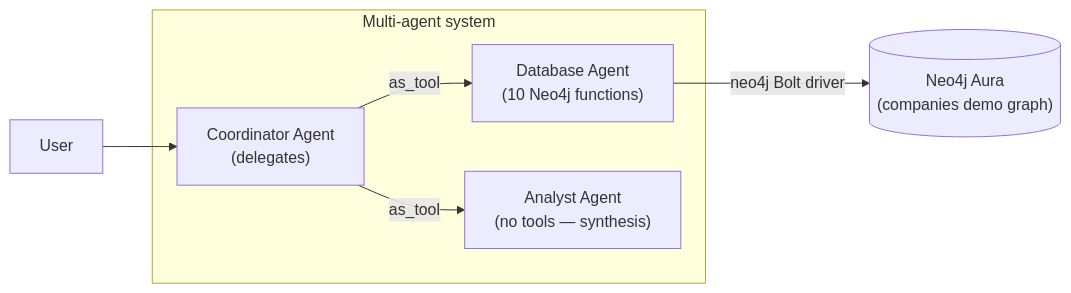
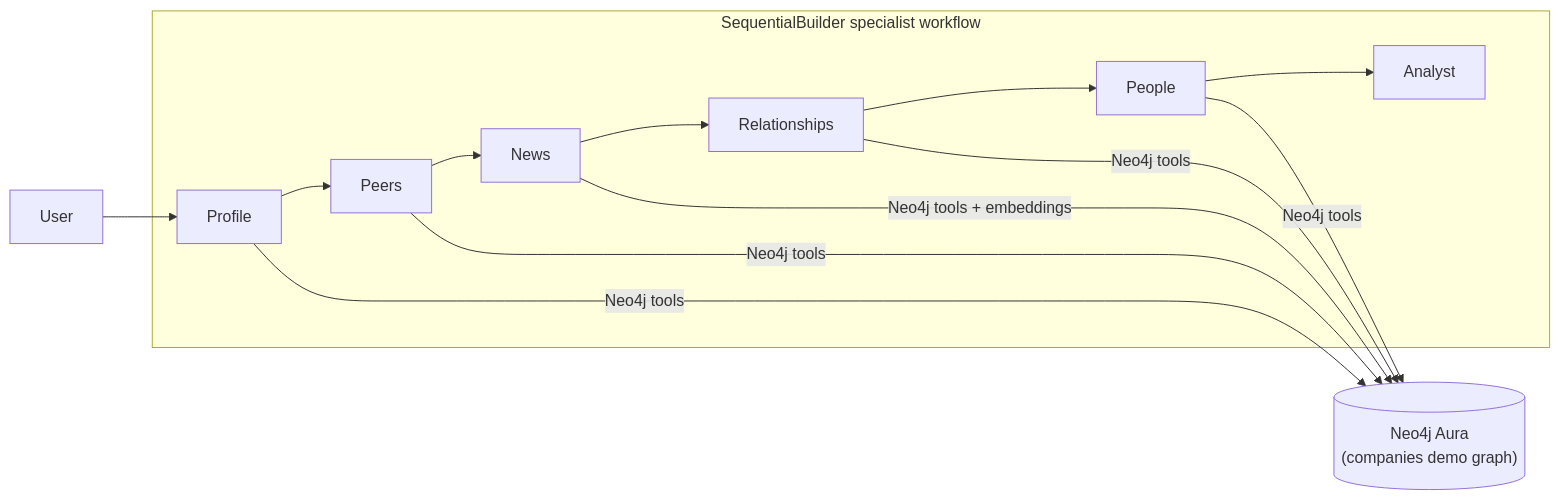
One commit to ltwlf/neo4j-agent-integrations changed the diagram in microsoft-agent-framework/examples/multi-agent/README.md. Above: the diagram before and after it, drawn with Mermaid. The commit also changed other lines of this file and 12 other files, not shown here.

````diff
--- a/microsoft-agent-framework/examples/multi-agent/README.md
+++ b/microsoft-agent-framework/examples/multi-agent/README.md
@@ -28,12 +28,18 @@
 ```mermaid
 flowchart LR
-    user["User"] --> coord
-    subgraph agents["Multi-agent system"]
-        coord["Coordinator Agent<br/>(delegates)"]
-        db["Database Agent<br/>(10 Neo4j functions)"]
-        analyst["Analyst Agent<br/>(no tools — synthesis)"]
+    user["User"] --> profile
+    subgraph agents["SequentialBuilder specialist workflow"]
+        profile["Profile"]
+        peers["Peers"]
+        news["News"]
+        relationships["Relationships"]
+        people["People"]
+        analyst["Analyst"]
     end
-    coord -->|as_tool| db
-    coord -->|as_tool| analyst
-    db -->|neo4j Bolt driver| neo4j[("Neo4j Aura<br/>(companies demo graph)")]
+    profile --> peers --> news --> relationships --> people --> analyst
+    profile -->|Neo4j tools| neo4j[("Neo4j Aura<br/>(companies demo graph)")]
+    peers -->|Neo4j tools| neo4j
+    news -->|Neo4j tools + embeddings| neo4j
+    relationships -->|Neo4j tools| neo4j
+    people -->|Neo4j tools| neo4j
 ```
````
